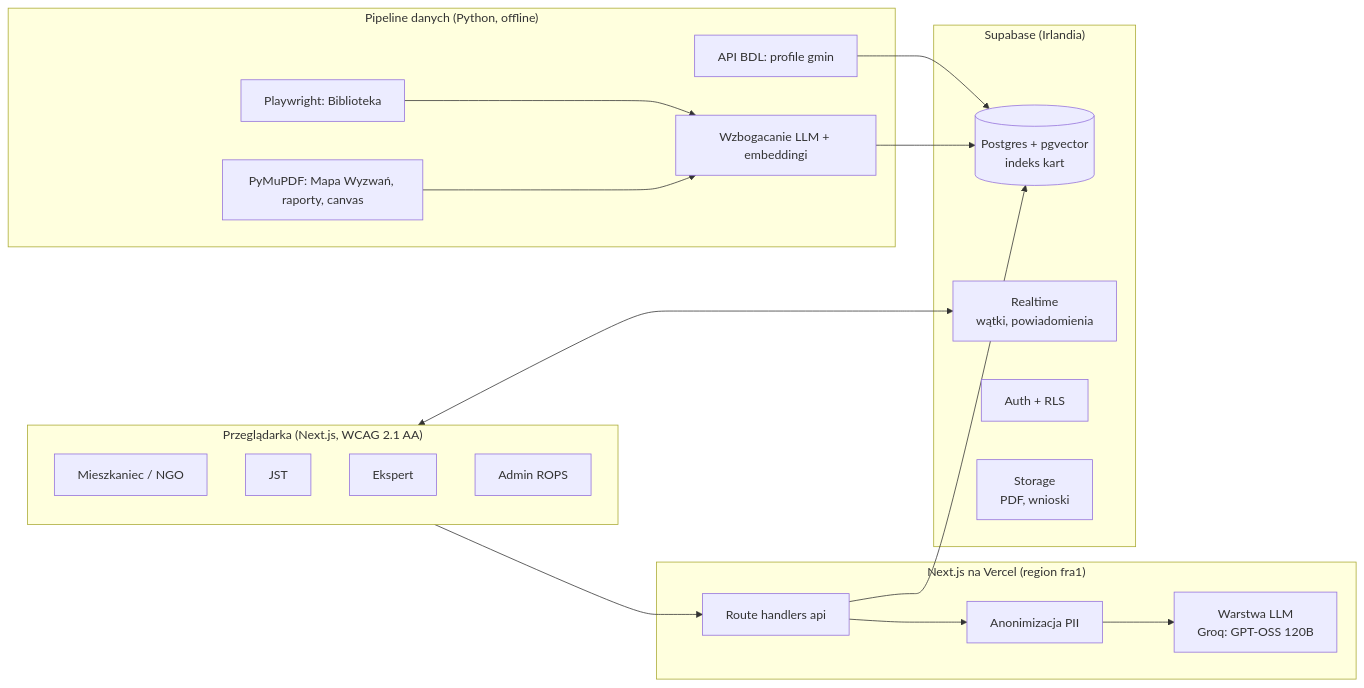
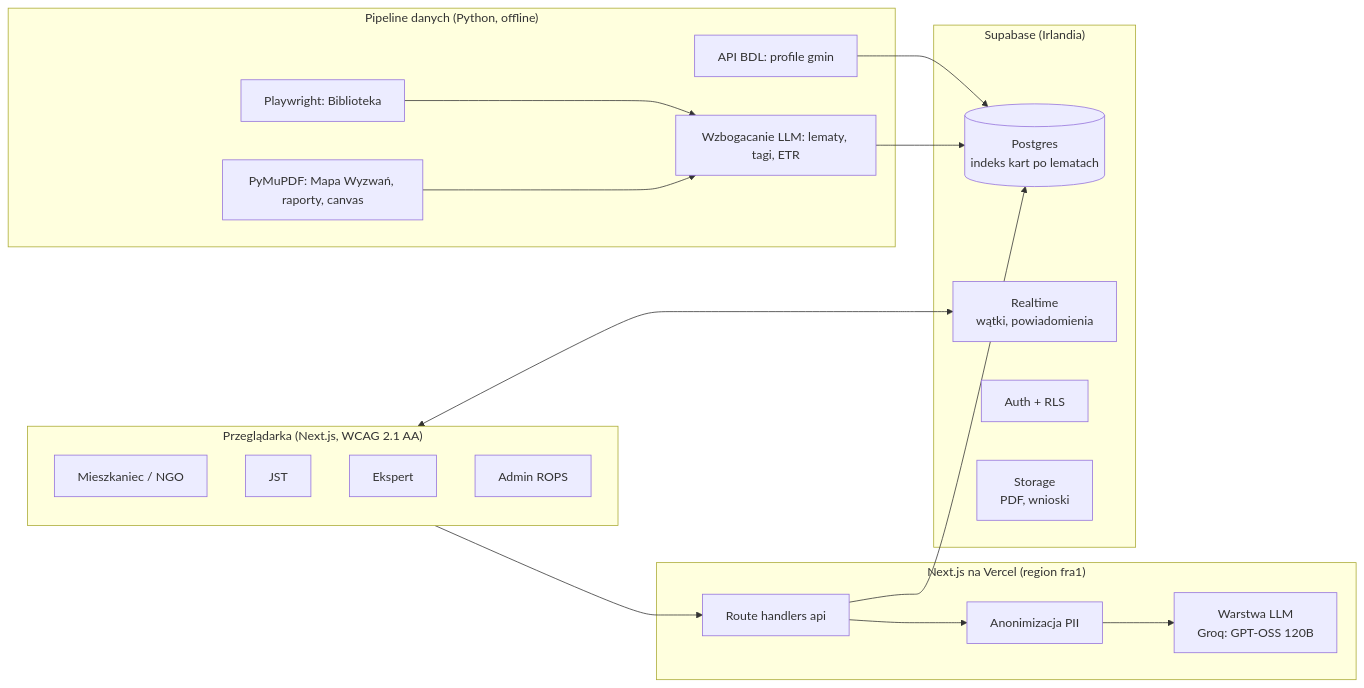
The first of 3 diagrams in README.md (JaQubus/Spolecznik), drawn with Mermaid before and after one commit. The commit also changed other lines of this file and 19 other files, not shown here.

````diff
--- a/README.md
+++ b/README.md
@@ -77,34 +77,34 @@
 ```mermaid
 flowchart LR
   subgraph K["Przeglądarka (Next.js, WCAG 2.1 AA)"]
     U1[Mieszkaniec / NGO]
     U2[JST]
     U3[Ekspert]
     U4[Admin ROPS]
   end
   subgraph A["Next.js na Vercel (region fra1)"]
     API[Route handlers api]
     PII[Anonimizacja PII]
     LLM[Warstwa LLM<br/>Groq: GPT-OSS 120B]
   end
   subgraph D["Supabase (Irlandia)"]
-    PG[(Postgres + pgvector<br/>indeks kart)]
+    PG[(Postgres<br/>indeks kart po lematach)]
     RT[Realtime<br/>wątki, powiadomienia]
     AU[Auth + RLS]
     ST[Storage<br/>PDF, wnioski]
   end
   subgraph P["Pipeline danych (Python, offline)"]
     SC[Playwright: Biblioteka]
     PD[PyMuPDF: Mapa Wyzwań, raporty, canvas]
     BD[API BDL: profile gmin]
-    EN[Wzbogacanie LLM + embeddingi]
+    EN[Wzbogacanie LLM: lematy, tagi, ETR]
   end
   K --> API
   API --> PII --> LLM
   API --> PG
   K <--> RT
   SC --> EN
   PD --> EN
   BD --> PG
   EN --> PG
 ```
````
